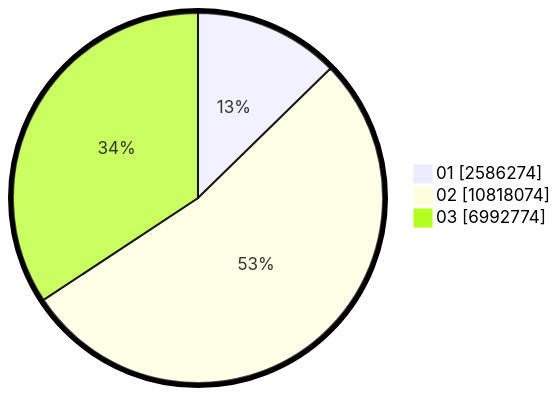
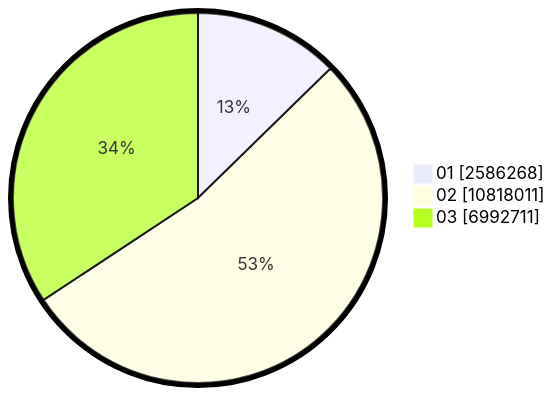
One commit to gigit-pemilu/pemilu-2024 changed the second of 2 diagrams in pilpres/hitung-suara/sub/table-wilayah-33.md. Above: the diagram before and after it, drawn with Mermaid. The commit also changed other lines of this file and 10 other files, not shown here.

````diff
--- a/pilpres/hitung-suara/sub/table-wilayah-33.md
+++ b/pilpres/hitung-suara/sub/table-wilayah-33.md
@@ -15,7 +15,7 @@
 ```mermaid
 %%{init: {"pie": {"textPosition": 0.5}, "themeVariables": {"pieOuterStrokeWidth": "5px"}} }%%
 pie showData
-    "01" : 2586274
-    "02" : 10818074
-    "03" : 6992774
+    "01" : 2586268
+    "02" : 10818011
+    "03" : 6992711
 ```
````
